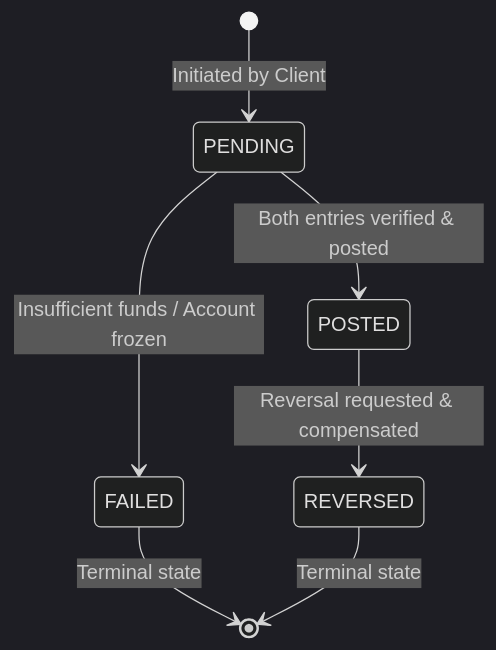
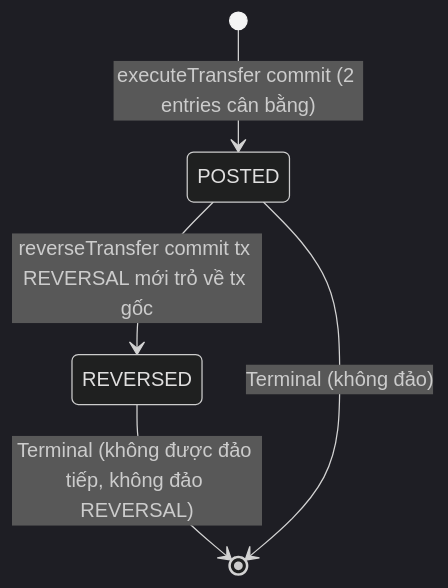
The seventh of 8 diagrams in docs/diagram/ledger.md (dducsw/mini-digital-wallet), drawn with Mermaid (dark theme) before and after one commit. The commit also changed other lines of this file and 102 other files, not shown here.

````diff
--- a/docs/diagram/ledger.md
+++ b/docs/diagram/ledger.md
@@ -241,9 +227,7 @@
 ```mermaid
 stateDiagram-v2
-    [*] --> PENDING : Initiated by Client
-    PENDING --> POSTED : Both entries verified & posted
-    PENDING --> FAILED : Insufficient funds / Account frozen
-    POSTED --> REVERSED : Reversal requested & compensated
-    FAILED --> [*] : Terminal state
-    REVERSED --> [*] : Terminal state
+    [*] --> POSTED : executeTransfer commit (2 entries cân bằng)
+    POSTED --> REVERSED : reverseTransfer commit tx REVERSAL mới trỏ về tx gốc
+    REVERSED --> [*] : Terminal (không được đảo tiếp, không đảo REVERSAL)
+    POSTED --> [*] : Terminal (không đảo)
 ```
````
